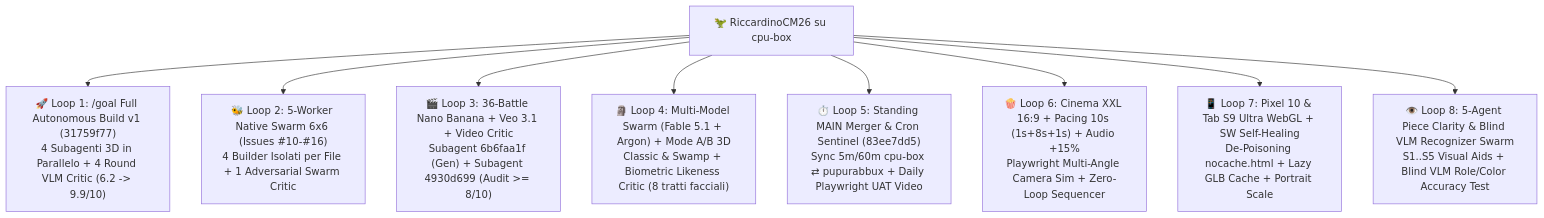
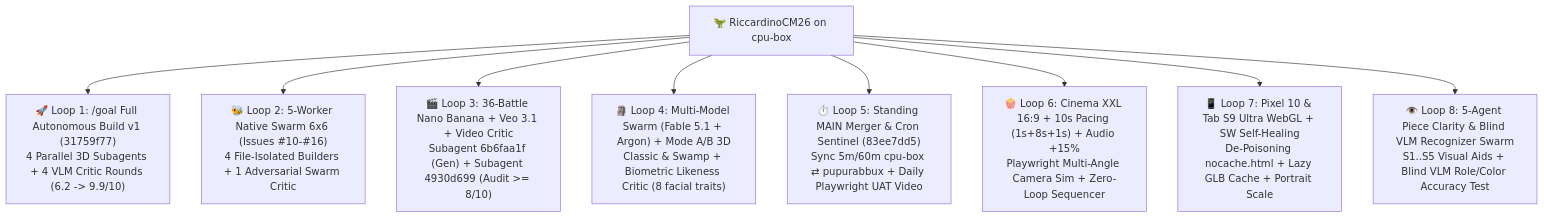
Before and after one commit to palladius/carchess3d: the diagram in article/ANTIGRAVITY_FORENSICS.md, drawn with Mermaid. The commit also changed other lines of this file and 6 other files, not shown here.

````diff
--- a/article/ANTIGRAVITY_FORENSICS.md
+++ b/article/ANTIGRAVITY_FORENSICS.md
@@ -27,11 +27,11 @@
 ```mermaid
 flowchart TD
-    U["🦖 RiccardinoCM26 su cpu-box"] --> L1["🚀 Loop 1: /goal Full Autonomous Build v1 (31759f77)\n4 Subagenti 3D in Parallelo + 4 Round VLM Critic (6.2 -> 9.9/10)"]
-    U --> L2["🐝 Loop 2: 5-Worker Native Swarm 6x6 (Issues #10-#16)\n4 Builder Isolati per File + 1 Adversarial Swarm Critic"]
+    U["🦖 RiccardinoCM26 on cpu-box"] --> L1["🚀 Loop 1: /goal Full Autonomous Build v1 (31759f77)\n4 Parallel 3D Subagents + 4 VLM Critic Rounds (6.2 -> 9.9/10)"]
+    U --> L2["🐝 Loop 2: 5-Worker Native Swarm 6x6 (Issues #10-#16)\n4 File-Isolated Builders + 1 Adversarial Swarm Critic"]
     U --> L3["🎬 Loop 3: 36-Battle Nano Banana + Veo 3.1 + Video Critic\nSubagent 6b6faa1f (Gen) + Subagent 4930d699 (Audit >= 8/10)"]
-    U --> L4["🗿 Loop 4: Multi-Model Swarm (Fable 5.1 + Argon) + Mode A/B 3D\nClassic & Swamp + Biometric Likeness Critic (8 tratti facciali)"]
+    U --> L4["🗿 Loop 4: Multi-Model Swarm (Fable 5.1 + Argon) + Mode A/B 3D\nClassic & Swamp + Biometric Likeness Critic (8 facial traits)"]
     U --> L5["⏱️ Loop 5: Standing MAIN Merger & Cron Sentinel (83ee7dd5)\nSync 5m/60m cpu-box ⇄ pupurabbux + Daily Playwright UAT Video"]
-    U --> L6["🍿 Loop 6: Cinema XXL 16:9 + Pacing 10s (1s+8s+1s) + Audio +15%\nPlaywright Multi-Angle Camera Sim + Zero-Loop Sequencer"]
+    U --> L6["🍿 Loop 6: Cinema XXL 16:9 + 10s Pacing (1s+8s+1s) + Audio +15%\nPlaywright Multi-Angle Camera Sim + Zero-Loop Sequencer"]
     U --> L7["📱 Loop 7: Pixel 10 & Tab S9 Ultra WebGL + SW Self-Healing\nDe-Poisoning nocache.html + Lazy GLB Cache + Portrait Scale"]
     U --> L8["👁️ Loop 8: 5-Agent Piece Clarity & Blind VLM Recognizer Swarm\nS1..S5 Visual Aids + Blind VLM Role/Color Accuracy Test"]
 ```
````
